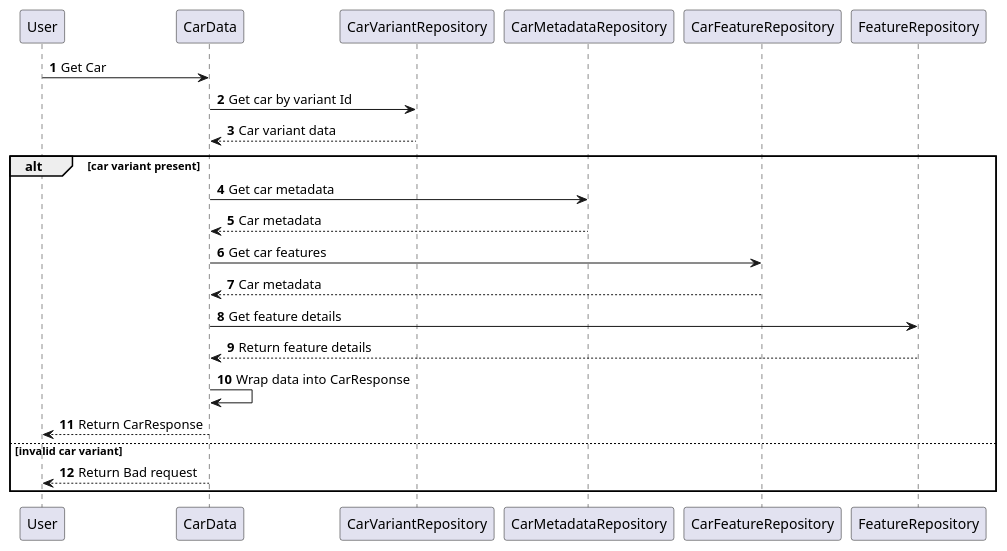
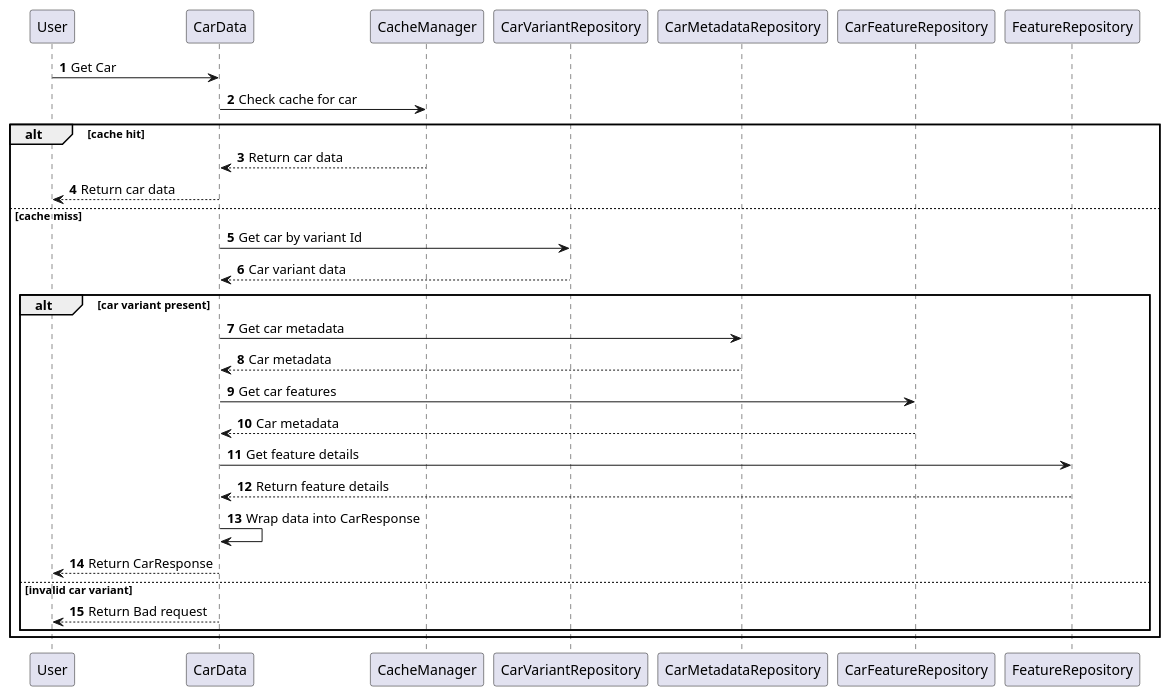
The diagram in sequences/GetCar.puml (Gurukiran097/car-comparision), drawn with PlantUML before and after one commit. The commit also changed 16 other files, not shown here.

```diff
--- a/sequences/GetCar.puml
+++ b/sequences/GetCar.puml
@@ -1,22 +1,28 @@
 @startuml
 'https://plantuml.com/sequence-diagram
 
 autonumber
 
 User -> CarData: Get Car
+CarData -> CacheManager: Check cache for car
+alt cache hit
+CacheManager --> CarData: Return car data
+CarData --> User: Return car data
+else cache miss
 CarData -> CarVariantRepository: Get car by variant Id
 CarVariantRepository --> CarData: Car variant data
 alt car variant present
 CarData -> CarMetadataRepository: Get car metadata
 CarMetadataRepository --> CarData: Car metadata
 CarData -> CarFeatureRepository: Get car features
 CarFeatureRepository --> CarData: Car metadata
 CarData -> FeatureRepository: Get feature details
 FeatureRepository --> CarData: Return feature details
 CarData -> CarData: Wrap data into CarResponse
 CarData --> User: Return CarResponse
 else invalid car variant
 CarData --> User: Return Bad request
 end
+end
 
 @enduml
```
